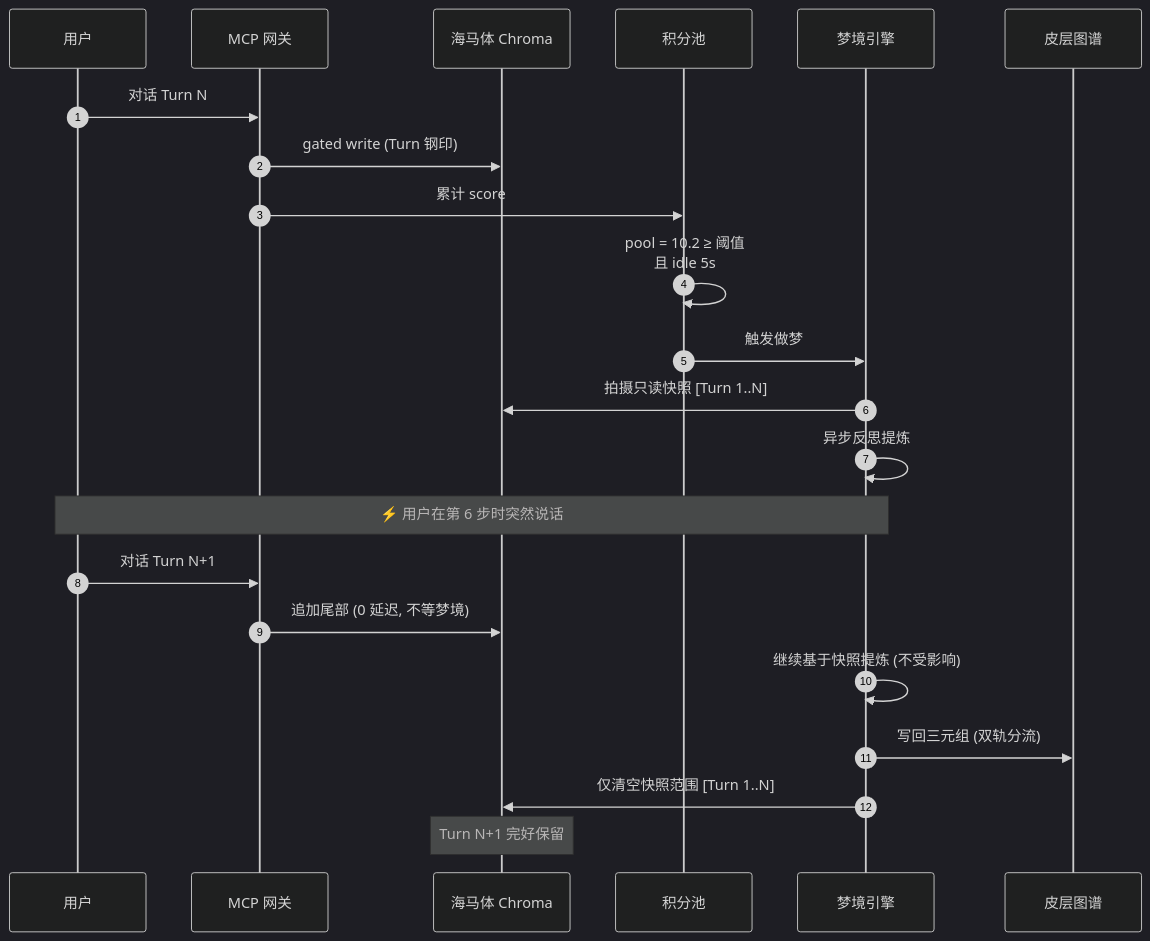
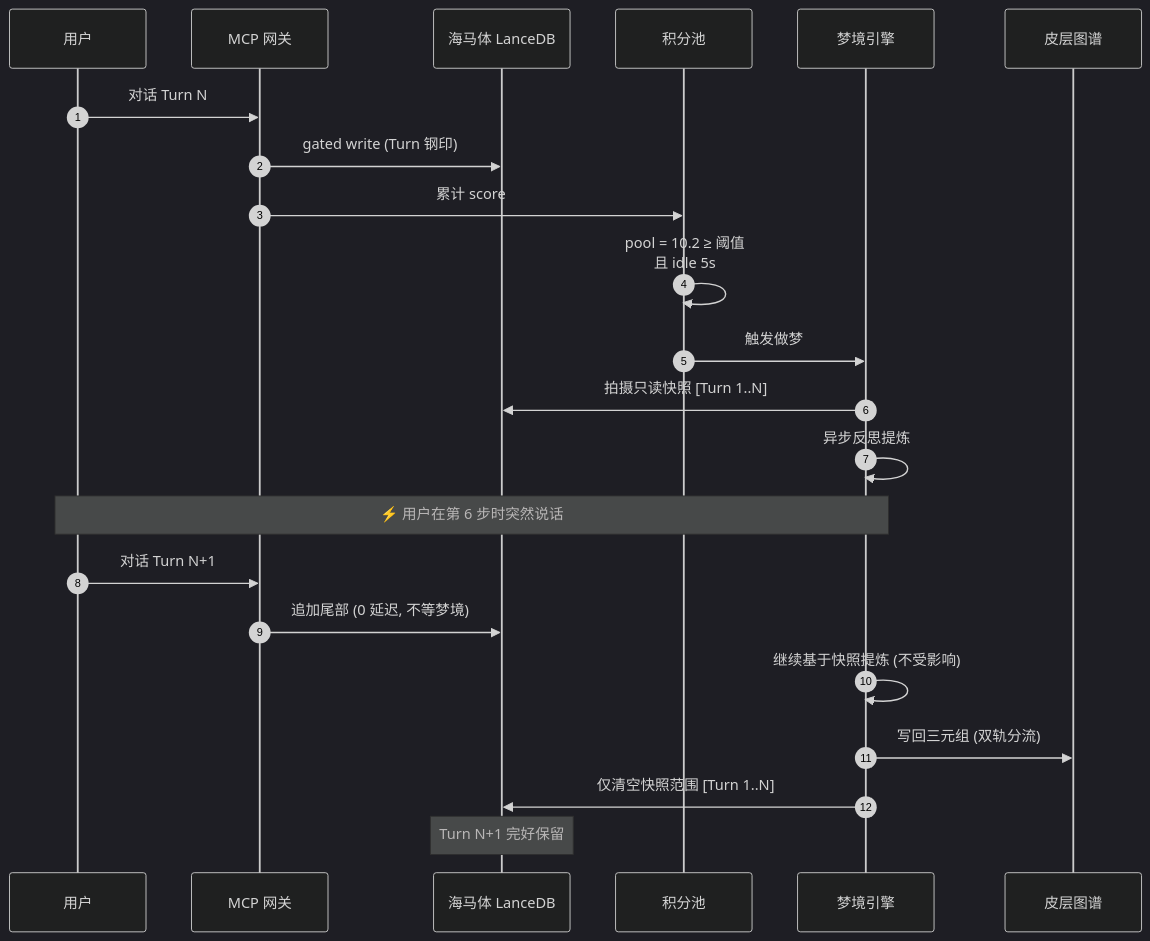
One commit to MnemoSeed/mnemoseed changed the second of 5 diagrams in docs/design/02-梦境引擎.md. Above: the diagram before and after it, drawn with Mermaid (dark theme). The commit also changed other lines of this file and 12 other files, not shown here.

````diff
--- a/docs/design/02-梦境引擎.md
+++ b/docs/design/02-梦境引擎.md
@@ -46,25 +46,25 @@
 ```mermaid
 sequenceDiagram
     autonumber
     participant U as 用户
     participant GW as MCP 网关
-    participant H as 海马体 Chroma
+    participant H as 海马体 LanceDB
     participant P as 积分池
     participant D as 梦境引擎
     participant G as 皮层图谱
 
     U->>GW: 对话 Turn N
     GW->>H: gated write (Turn 钢印)
     GW->>P: 累计 score
     P->>P: pool = 10.2 ≥ 阈值<br/>且 idle 5s
     P->>D: 触发做梦
     D->>H: 拍摄只读快照 [Turn 1..N]
     D->>D: 异步反思提炼
     Note over U,D: ⚡ 用户在第 6 步时突然说话
     U->>GW: 对话 Turn N+1
     GW->>H: 追加尾部 (0 延迟, 不等梦境)
     D->>D: 继续基于快照提炼 (不受影响)
     D->>G: 写回三元组 (双轨分流)
     D->>H: 仅清空快照范围 [Turn 1..N]
     Note over H: Turn N+1 完好保留
 ```
````
